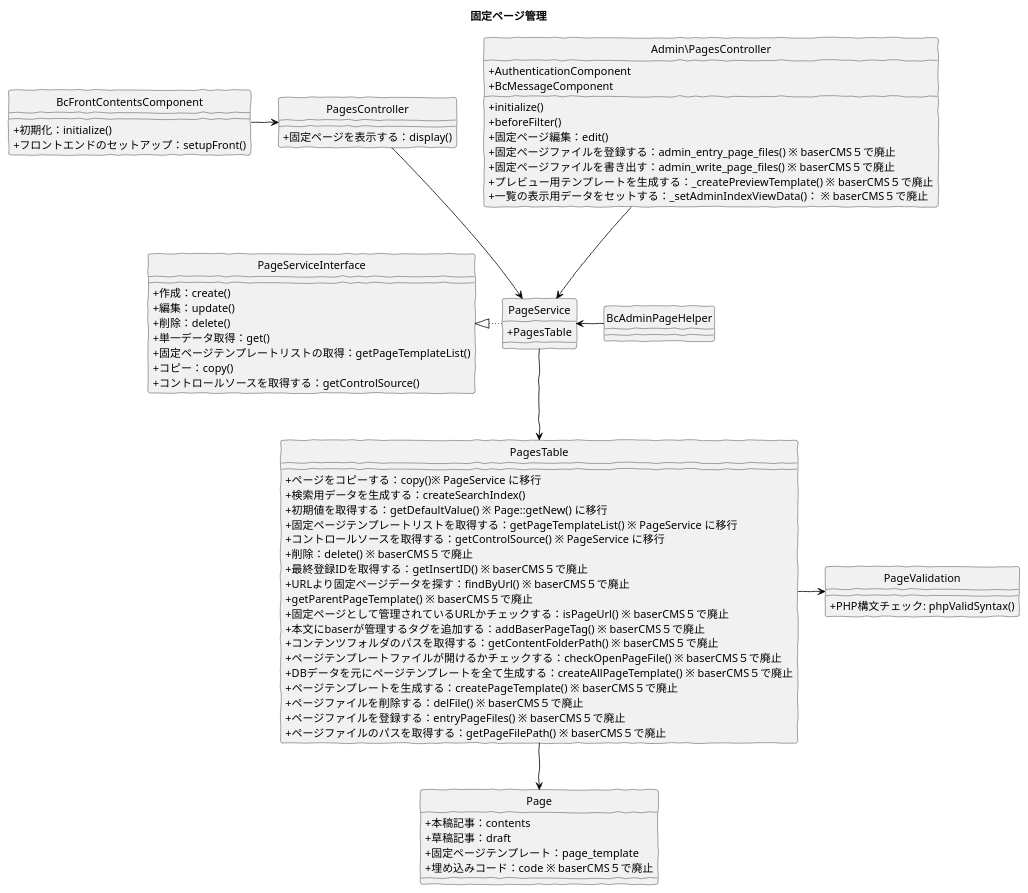
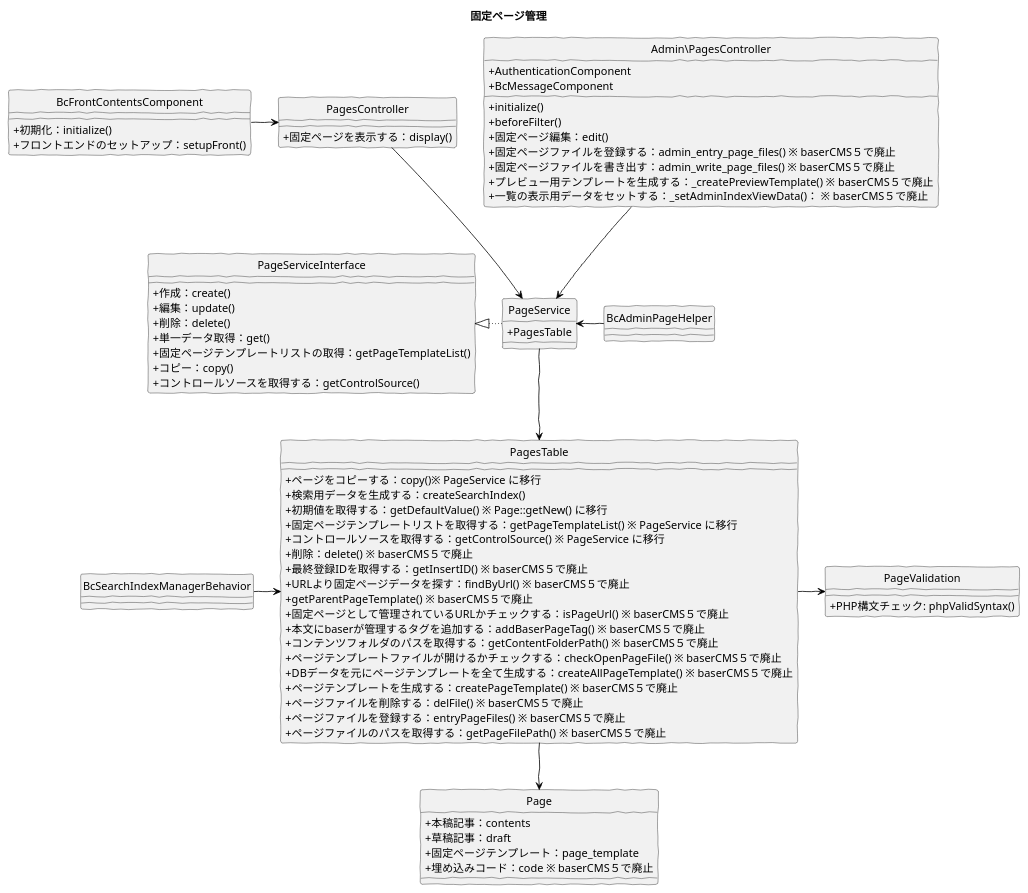
One commit to baserproject/baserproject.github.io changed the diagram in src/puml/5/ucmitz/svg/class/manage_pages.puml. Above: the diagram before and after it, drawn with PlantUML. The commit also changed 5 other files, not shown here.

```diff
--- a/src/puml/5/ucmitz/svg/class/manage_pages.puml
+++ b/src/puml/5/ucmitz/svg/class/manage_pages.puml
@@ -1,88 +1,93 @@
 @startuml
 skinparam handwritten true
 skinparam backgroundColor white
 hide circle
 skinparam classAttributeIconSize 0
 
 title 固定ページ管理
 
 class PagesController {
   + 固定ページを表示する：display()
 }
 
 class BcFrontContentsComponent {
   + 初期化：initialize()
   + フロントエンドのセットアップ：setupFront()
 }
 
 class Admin\PagesController {
   + AuthenticationComponent
   + BcMessageComponent
   + initialize()
   + beforeFilter()
   + 固定ページ編集：edit()
   + 固定ページファイルを登録する：admin_entry_page_files() ※ baserCMS５で廃止
   + 固定ページファイルを書き出す：admin_write_page_files() ※ baserCMS５で廃止
   + プレビュー用テンプレートを生成する：_createPreviewTemplate() ※ baserCMS５で廃止
   + 一覧の表示用データをセットする：_setAdminIndexViewData()： ※ baserCMS５で廃止
 }
 
 class BcAdminPageHelper {
 }
 
 class PageService {
   + PagesTable
 }
 
 class PageServiceInterface {
   + 作成：create()
   + 編集：update()
   + 削除：delete()
   + 単一データ取得：get()
   + 固定ページテンプレートリストの取得：getPageTemplateList()
   + コピー：copy()
   + コントロールソースを取得する：getControlSource()
 }
 
+class BcSearchIndexManagerBehavior {
+
+}
+
 class PagesTable {
 	+ ページをコピーする：copy()※ PageService に移行
 	+ 検索用データを生成する：createSearchIndex()
 	+ 初期値を取得する：getDefaultValue() ※ Page::getNew() に移行
 	+ 固定ページテンプレートリストを取得する：getPageTemplateList() ※ PageService に移行
 	+ コントロールソースを取得する：getControlSource() ※ PageService に移行
 	+ 削除：delete() ※ baserCMS５で廃止
 	+ 最終登録IDを取得する：getInsertID() ※ baserCMS５で廃止
 	+ URLより固定ページデータを探す：findByUrl() ※ baserCMS５で廃止
 	+ getParentPageTemplate() ※ baserCMS５で廃止
 	+ 固定ページとして管理されているURLかチェックする：isPageUrl() ※ baserCMS５で廃止
 	+ 本文にbaserが管理するタグを追加する：addBaserPageTag() ※ baserCMS５で廃止
 	+ コンテンツフォルダのパスを取得する：getContentFolderPath() ※ baserCMS５で廃止
 	+ ページテンプレートファイルが開けるかチェックする：checkOpenPageFile() ※ baserCMS５で廃止
 	+ DBデータを元にページテンプレートを全て生成する：createAllPageTemplate() ※ baserCMS５で廃止
 	+ ページテンプレートを生成する：createPageTemplate() ※ baserCMS５で廃止
 	+ ページファイルを削除する：delFile() ※ baserCMS５で廃止
 	+ ページファイルを登録する：entryPageFiles() ※ baserCMS５で廃止
 	+ ページファイルのパスを取得する：getPageFilePath() ※ baserCMS５で廃止
 }
 
 class PageValidation {
   + PHP構文チェック: phpValidSyntax()
 }
 
 class Page {
    + 本稿記事：contents
    + 草稿記事：draft
    + 固定ページテンプレート：page_template
    + 埋め込みコード：code ※ baserCMS５で廃止
 }
 
 Admin\PagesController -down[#Black]-> PageService
 BcFrontContentsComponent -right[#Black]-> PagesController
 PagesController -down[#Black]-> PageService
 BcAdminPageHelper -left[#Black]-> PageService
 PageService -down[#Black]-> PagesTable
+BcSearchIndexManagerBehavior -right[#Black]-> PagesTable
 PagesTable -right[#Black]-> PageValidation
 PageService -left[dotted,#Black]-|> PageServiceInterface
 PagesTable -down[#Black]-> Page
 
 @enduml
```
